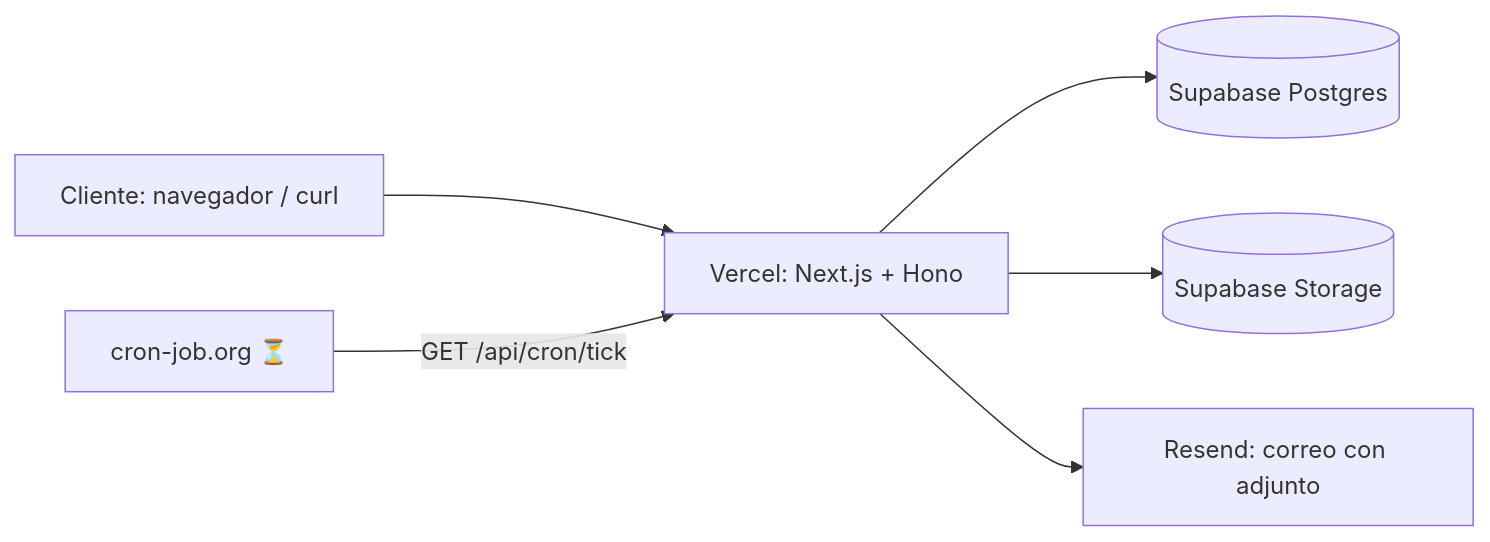
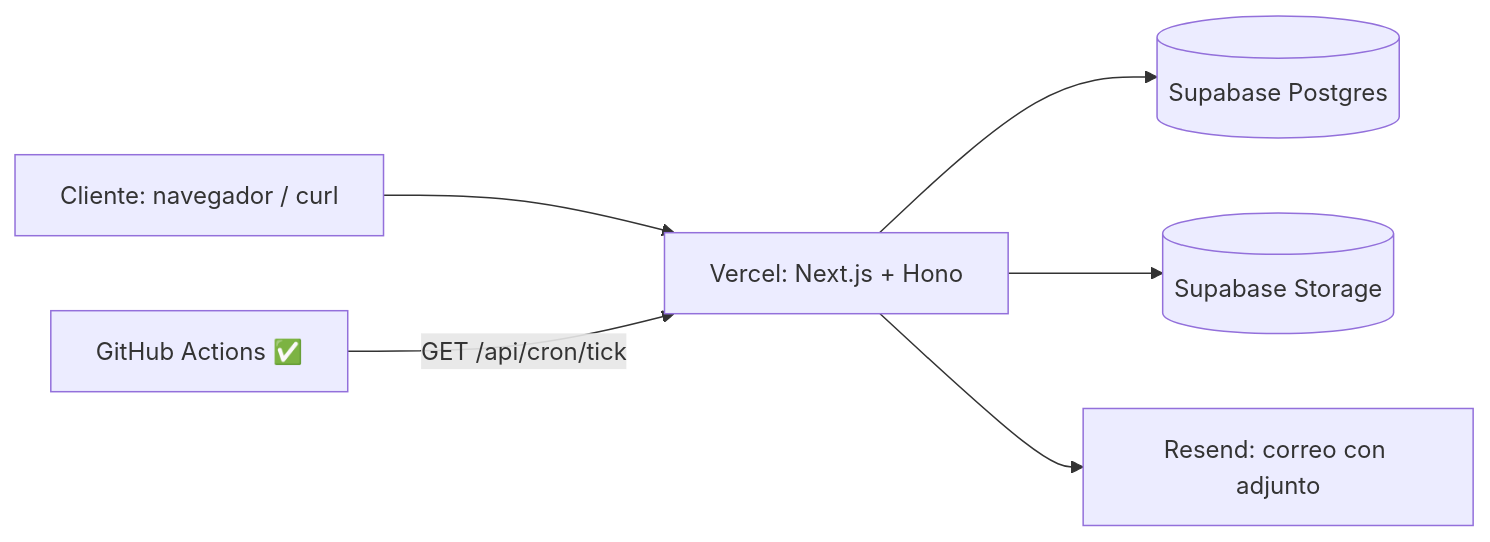
Before and after one commit to refrop/Sistema-de-Gesti-n-de-Licitaciones: the first of 4 diagrams in README.md, drawn with Mermaid. The commit also changed other lines of this file and 2 other files, not shown here.

Commit message:
Fase 10: tick automatico con GitHub Actions cada 15 min

````diff
--- a/README.md
+++ b/README.md
@@ -107,8 +107,8 @@
 ```mermaid
 flowchart LR
     C[Cliente: navegador / curl] --> V[Vercel: Next.js + Hono]
     V --> DB[(Supabase Postgres)]
     V --> S[(Supabase Storage)]
     V --> R[Resend: correo con adjunto]
-     J[cron-job.org ⏳] -->|GET /api/cron/tick| V
+     J[GitHub Actions ✅] -->|GET /api/cron/tick| V
 ```
````
